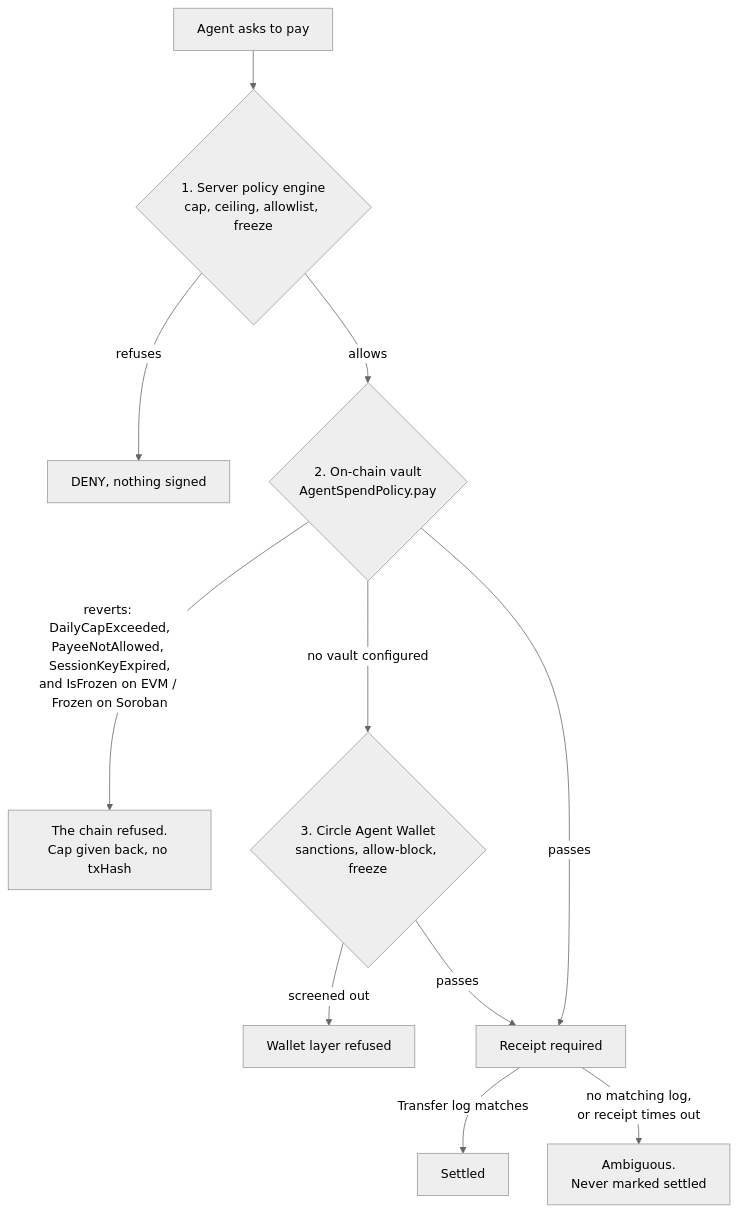
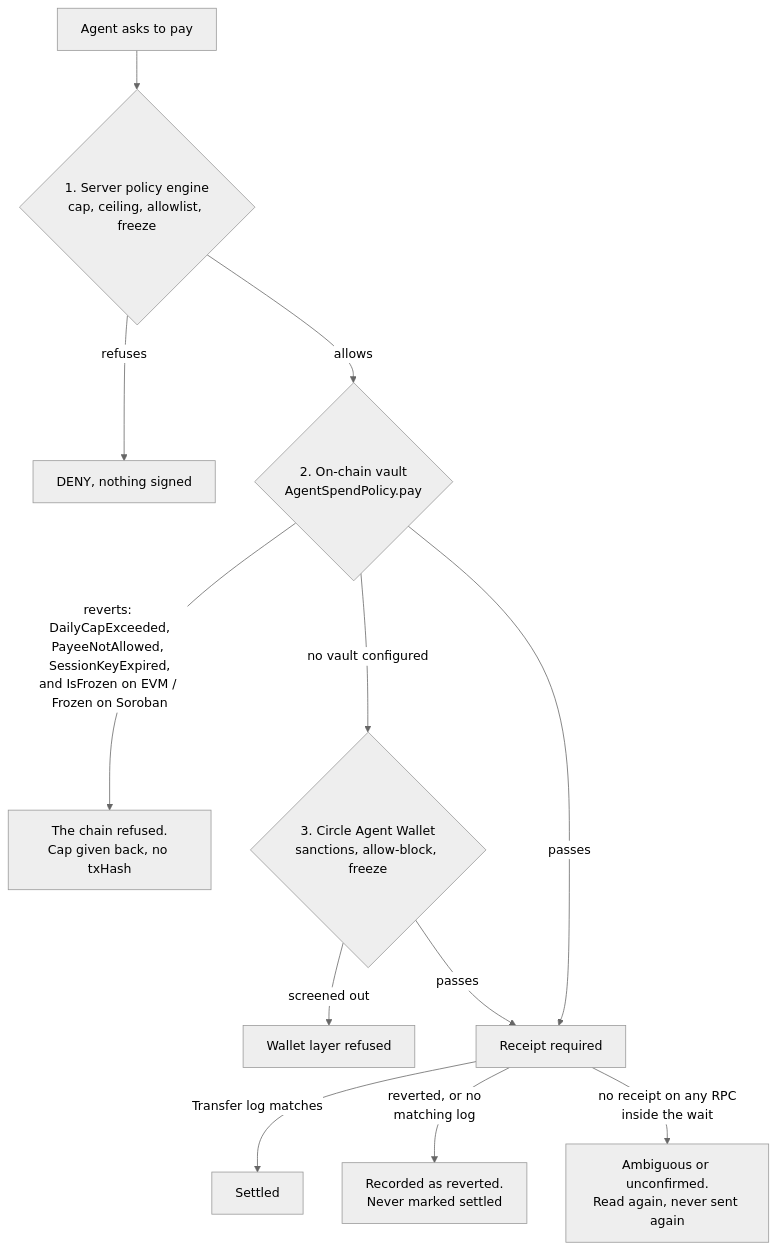
The second of 5 diagrams in ARCHITECTURE.md (getA-Identity/A-Identity), drawn with Mermaid (neutral theme) before and after one commit. The commit also changed other lines of this file and 6 other files, not shown here.

Commit message:
docs(architecture): the receipt paragraph says what now holds, and the test count moves to 1843

````diff
--- a/ARCHITECTURE.md
+++ b/ARCHITECTURE.md
@@ -98,13 +98,14 @@
 ```mermaid
 flowchart TD
   I[Agent asks to pay] --> S{1. Server policy engine<br/>cap, ceiling, allowlist, freeze}
   S -->|refuses| D1[DENY, nothing signed]
   S -->|allows| V{2. On-chain vault<br/>AgentSpendPolicy.pay}
   V -->|reverts: DailyCapExceeded,<br/>PayeeNotAllowed, SessionKeyExpired,<br/>and IsFrozen on EVM / Frozen on Soroban| D2[The chain refused.<br/>Cap given back, no txHash]
   V -->|no vault configured| C{3. Circle Agent Wallet<br/>sanctions, allow-block, freeze}
   C -->|screened out| D3[Wallet layer refused]
   V -->|passes| R[Receipt required]
   C -->|passes| R
   R -->|Transfer log matches| OK[Settled]
-  R -->|no matching log,<br/>or receipt times out| AMB[Ambiguous.<br/>Never marked settled]
+  R -->|reverted, or no<br/>matching log| REV[Recorded as reverted.<br/>Never marked settled]
+  R -->|no receipt on any RPC<br/>inside the wait| AMB[Ambiguous or unconfirmed.<br/>Read again, never sent again]
 ```
````
